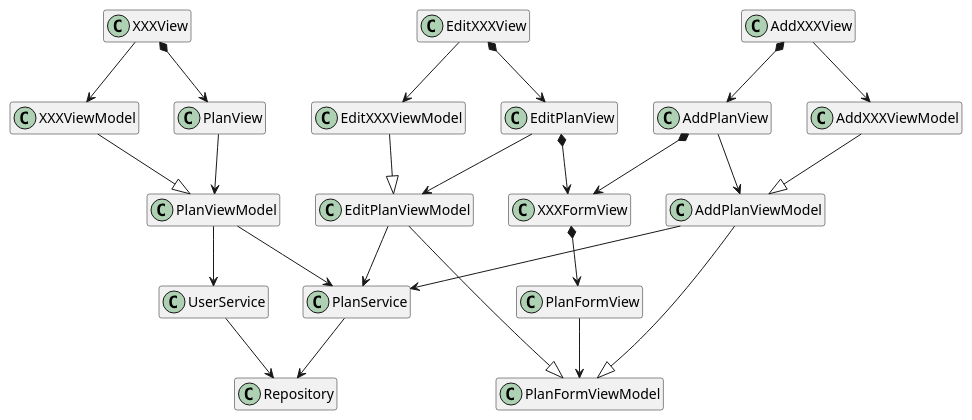
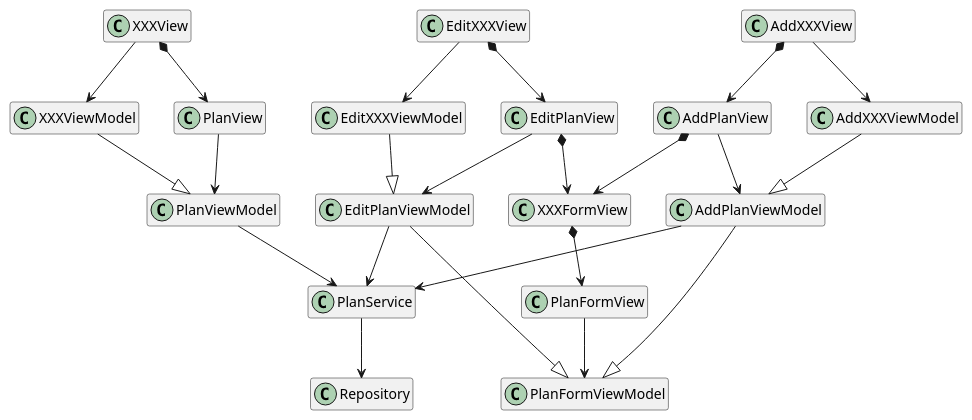
The diagram in docs/diagrams/Plan.puml (keanecjy/TourMate), drawn with PlantUML before and after one commit. The commit also changed 9 other files, not shown here.

```diff
--- a/docs/diagrams/Plan.puml
+++ b/docs/diagrams/Plan.puml
@@ -1,79 +1,73 @@
 @startuml
 
 hide empty members
 
 class XXXView
 class AddXXXView
 class EditXXXView
 
 class XXXViewModel
 class AddXXXViewModel
 class EditXXXViewModel
 
 class XXXFormView
 
 class PlanView {}
 
 class AddPlanView {}
 
 class EditPlanView {}
 
 class PlanFormView
 
 class PlanViewModel {
 }
 
 class AddPlanViewModel {
 }
 
 class EditPlanViewModel {
 }
 
 class PlanFormViewModel {
 }
 
 class PlanService {
 }
 
-class UserService {
-}
-
 class Repository {}
 
 
 XXXView --> XXXViewModel
 XXXView *--> PlanView
 XXXViewModel --|> PlanViewModel
 
 AddXXXView *--> AddPlanView
 EditXXXView *--> EditPlanView
 
 XXXFormView *--> PlanFormView
 PlanFormView --> PlanFormViewModel
 
 EditXXXView --> EditXXXViewModel
 AddXXXView --> AddXXXViewModel
 
 EditPlanView *--> XXXFormView
 AddPlanView *--> XXXFormView
 
 PlanView --> PlanViewModel
 AddPlanView --> AddPlanViewModel
 EditPlanView --> EditPlanViewModel
 
 PlanViewModel --> PlanService
 AddPlanViewModel --> PlanService
 EditPlanViewModel --> PlanService
 
 AddXXXViewModel --|> AddPlanViewModel
 EditXXXViewModel --|> EditPlanViewModel
 
 AddPlanViewModel --|> PlanFormViewModel
 EditPlanViewModel --|> PlanFormViewModel
 
-PlanViewModel --> UserService
-
-UserService --> Repository
 PlanService --> Repository
 
 @enduml
```
